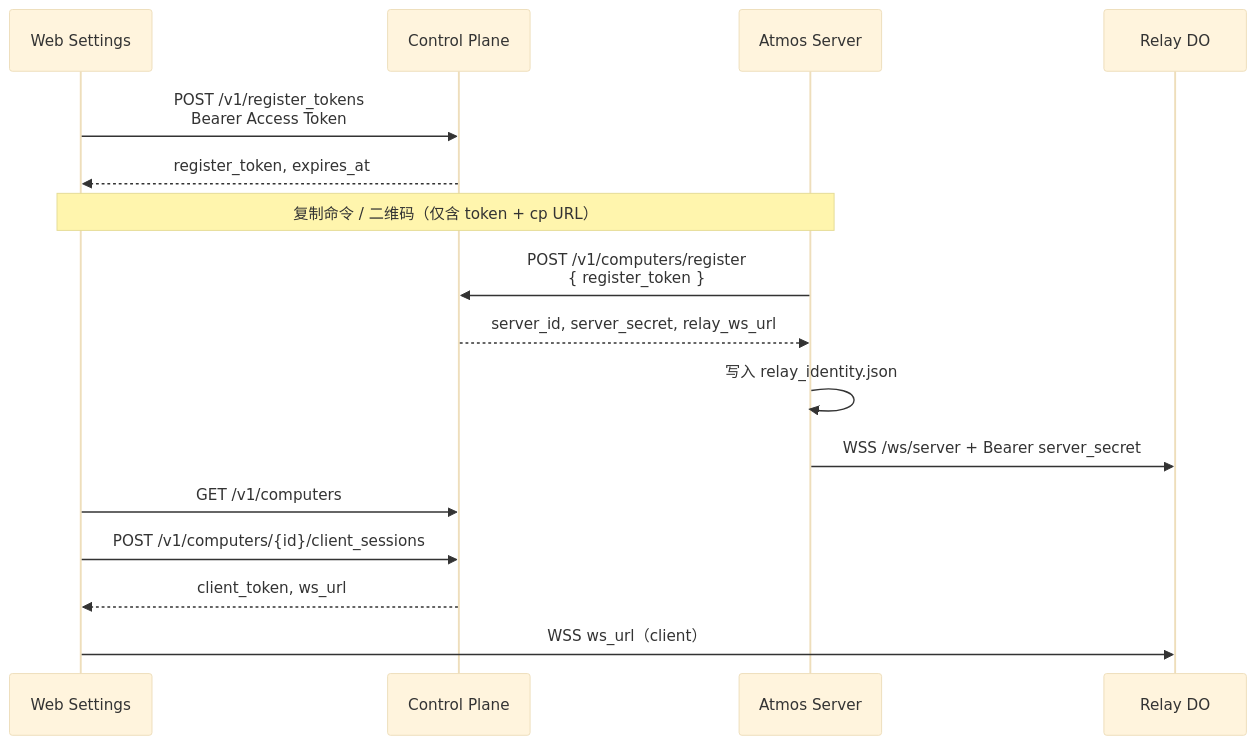
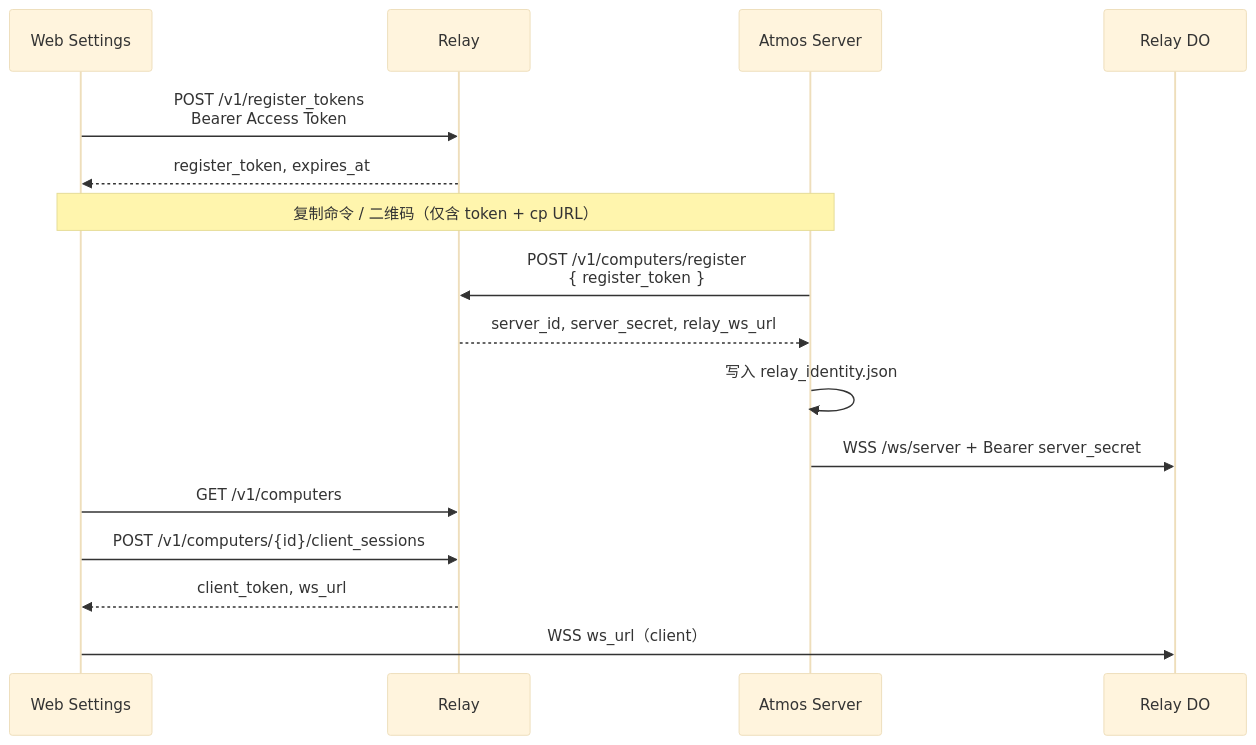
Before and after one commit to AruNi-01/atmos: the seventh of 7 diagrams in specs/APP/APP-016_atmos-computer/TECH.md, drawn with Mermaid (base theme). The commit also changed other lines of this file and 108 other files, not shown here.

````diff
--- a/specs/APP/APP-016_atmos-computer/TECH.md
+++ b/specs/APP/APP-016_atmos-computer/TECH.md
@@ -295,20 +295,20 @@
 ```mermaid
 sequenceDiagram
   participant UI as Web Settings
-  participant CP as Control Plane
+  participant CP as Relay
   participant S as Atmos Server
   participant R as Relay DO
 
   UI->>CP: POST /v1/register_tokens<br/>Bearer Access Token
   CP-->>UI: register_token, expires_at
   Note over UI,S: 复制命令 / 二维码（仅含 token + cp URL）
   S->>CP: POST /v1/computers/register<br/>{ register_token }
   CP-->>S: server_id, server_secret, relay_ws_url
   S->>S: 写入 relay_identity.json
   S->>R: WSS /ws/server + Bearer server_secret
 
   UI->>CP: GET /v1/computers
   UI->>CP: POST /v1/computers/{id}/client_sessions
   CP-->>UI: client_token, ws_url
   UI->>R: WSS ws_url（client）
 ```
````
